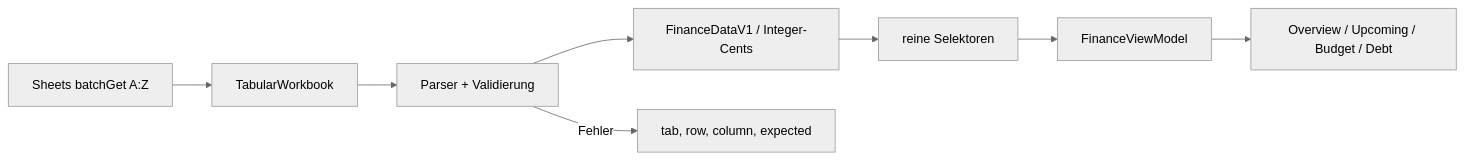
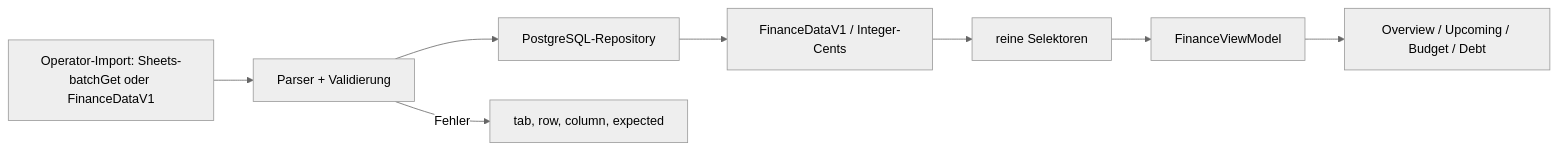
The first of 3 diagrams in docs/architektur/finanz-domaene.md (hernstev97/accura), drawn with Mermaid (neutral theme) before and after one commit. The commit also changed other lines of this file and 91 other files, not shown here.

Commit message:
Make PostgreSQL the sole finance source ACC-66

````diff
--- a/docs/architektur/finanz-domaene.md
+++ b/docs/architektur/finanz-domaene.md
@@ -17,10 +17,10 @@
 ```mermaid
 flowchart LR
-  S[Sheets batchGet A:Z] --> W[TabularWorkbook]
-  W --> P[Parser + Validierung]
-  P --> C[FinanceDataV1 / Integer-Cents]
+  I[Operator-Import: Sheets-batchGet oder FinanceDataV1] --> P[Parser + Validierung]
+  P --> R[PostgreSQL-Repository]
+  R --> C[FinanceDataV1 / Integer-Cents]
   C --> SEL[reine Selektoren]
   SEL --> VM[FinanceViewModel]
   VM --> UI[Overview / Upcoming / Budget / Debt]
   P -->|Fehler| ISS[tab, row, column, expected]
 ```
````
